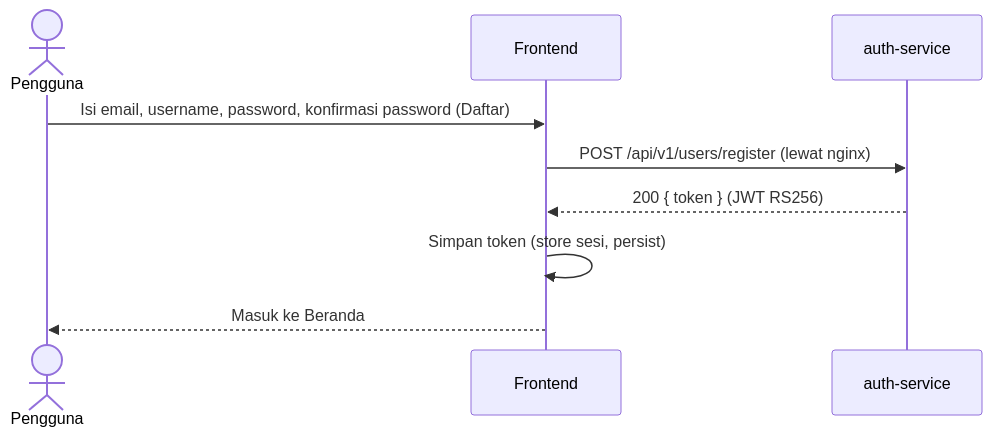
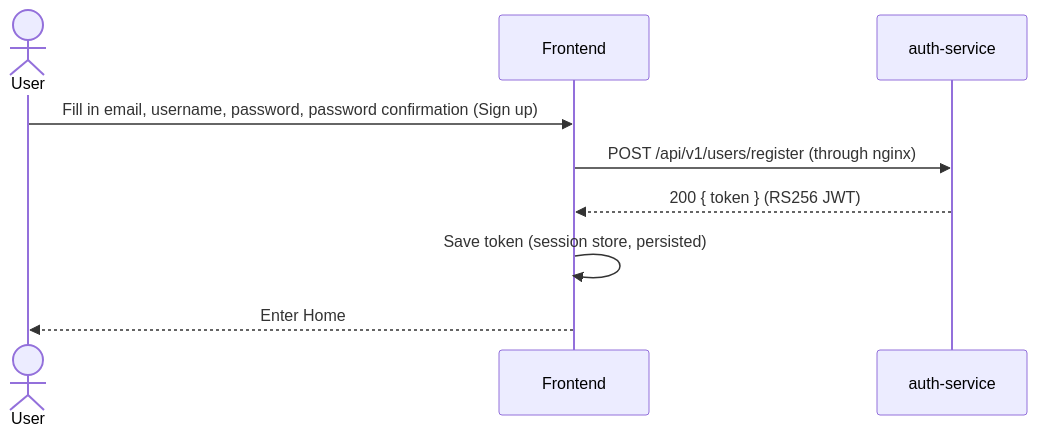
Before and after one commit to monte-christo-gilberd/Queue-Management-System: the first of 5 diagrams in docs/FLOW.md, drawn with Mermaid. The commit also changed other lines of this file and 4 other files, not shown here.

````diff
--- a/docs/FLOW.md
+++ b/docs/FLOW.md
@@ -8,11 +8,11 @@
 ```mermaid
 sequenceDiagram
-    actor U as Pengguna
+    actor U as User
     participant FE as Frontend
     participant AS as auth-service
-    U->>FE: Isi email, username, password, konfirmasi password (Daftar)
-    FE->>AS: POST /api/v1/users/register (lewat nginx)
-    AS-->>FE: 200 { token } (JWT RS256)
-    FE->>FE: Simpan token (store sesi, persist)
-    FE-->>U: Masuk ke Beranda
+    U->>FE: Fill in email, username, password, password confirmation (Sign up)
+    FE->>AS: POST /api/v1/users/register (through nginx)
+    AS-->>FE: 200 { token } (RS256 JWT)
+    FE->>FE: Save token (session store, persisted)
+    FE-->>U: Enter Home
 ```
````
